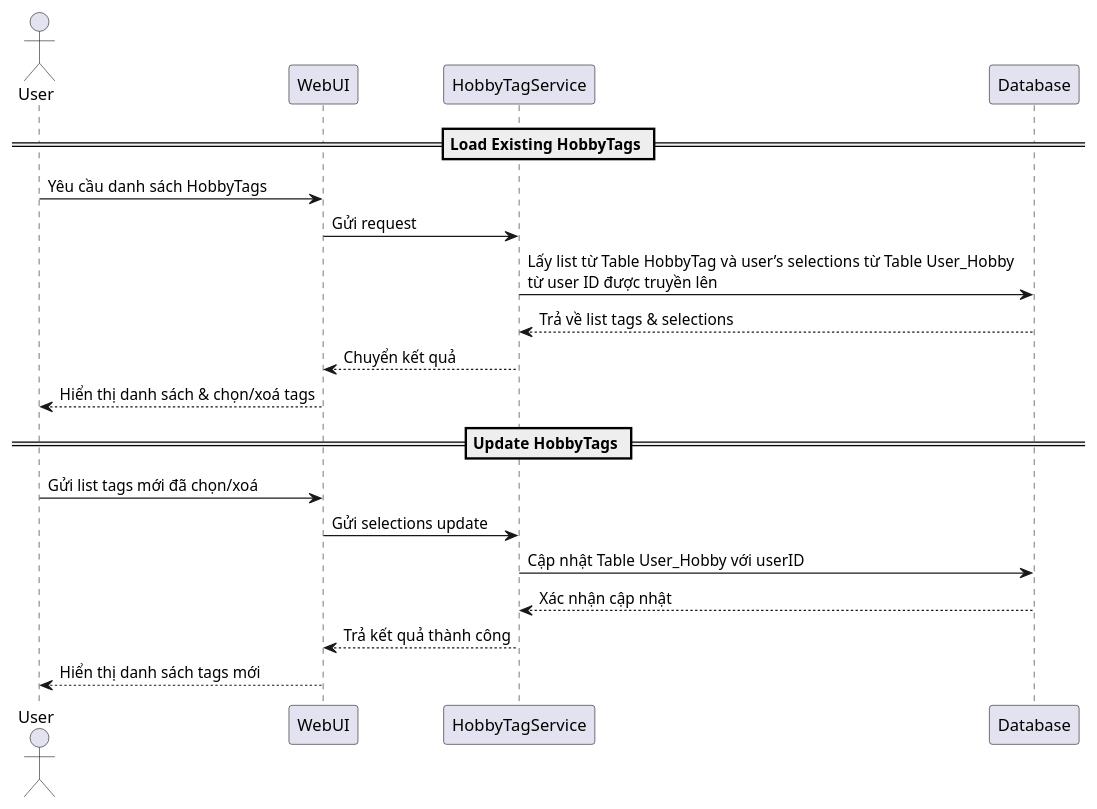
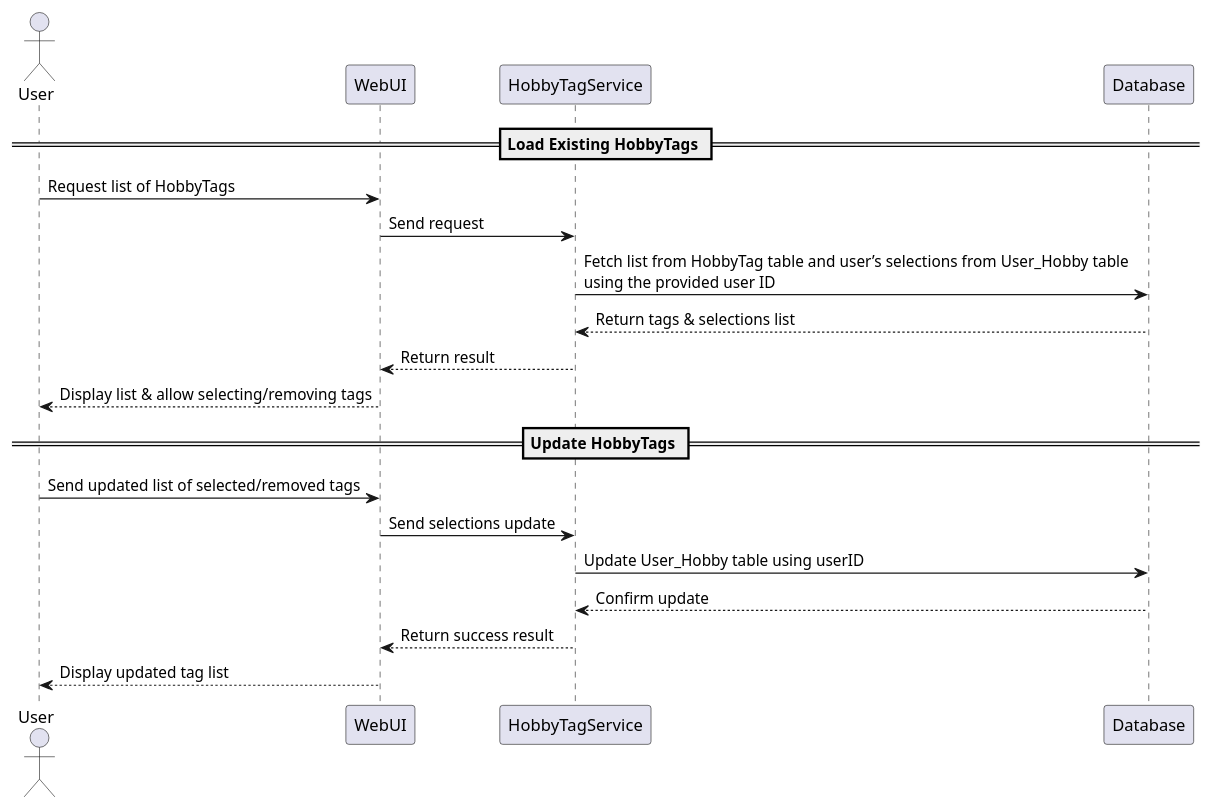
The diagram in diagram/UserHobbyTags_Sequence.md (twicelike/project-newjeans), drawn with PlantUML before and after one commit. The commit also changed 6 other files, not shown here.

````diff
--- a/diagram/UserHobbyTags_Sequence.md
+++ b/diagram/UserHobbyTags_Sequence.md
@@ -1,24 +1,24 @@
 ```uml
 @startuml
 actor User
 participant WebUI
 participant HobbyTagService
 participant Database
 
 == Load Existing HobbyTags ==
-User -> WebUI                : Yêu cầu danh sách HobbyTags
-WebUI -> HobbyTagService     : Gửi request
-HobbyTagService -> Database  : Lấy list từ Table HobbyTag và user’s selections từ Table User_Hobby\ntừ user ID được truyền lên
-Database --> HobbyTagService : Trả về list tags & selections
-HobbyTagService --> WebUI    : Chuyển kết quả
-WebUI --> User               : Hiển thị danh sách & chọn/xoá tags
+User -> WebUI                : Request list of HobbyTags
+WebUI -> HobbyTagService     : Send request
+HobbyTagService -> Database  : Fetch list from HobbyTag table and user’s selections from User_Hobby table\nusing the provided user ID
+Database --> HobbyTagService : Return tags & selections list
+HobbyTagService --> WebUI    : Return result
+WebUI --> User               : Display list & allow selecting/removing tags
 
 == Update HobbyTags ==
-User -> WebUI                : Gửi list tags mới đã chọn/xoá
-WebUI -> HobbyTagService     : Gửi selections update
-HobbyTagService -> Database  : Cập nhật Table User_Hobby với userID
-Database --> HobbyTagService : Xác nhận cập nhật
-HobbyTagService --> WebUI    : Trả kết quả thành công
-WebUI --> User               : Hiển thị danh sách tags mới
+User -> WebUI                : Send updated list of selected/removed tags
+WebUI -> HobbyTagService     : Send selections update
+HobbyTagService -> Database  : Update User_Hobby table using userID
+Database --> HobbyTagService : Confirm update
+HobbyTagService --> WebUI    : Return success result
+WebUI --> User               : Display updated tag list
 @enduml
 ```
````
